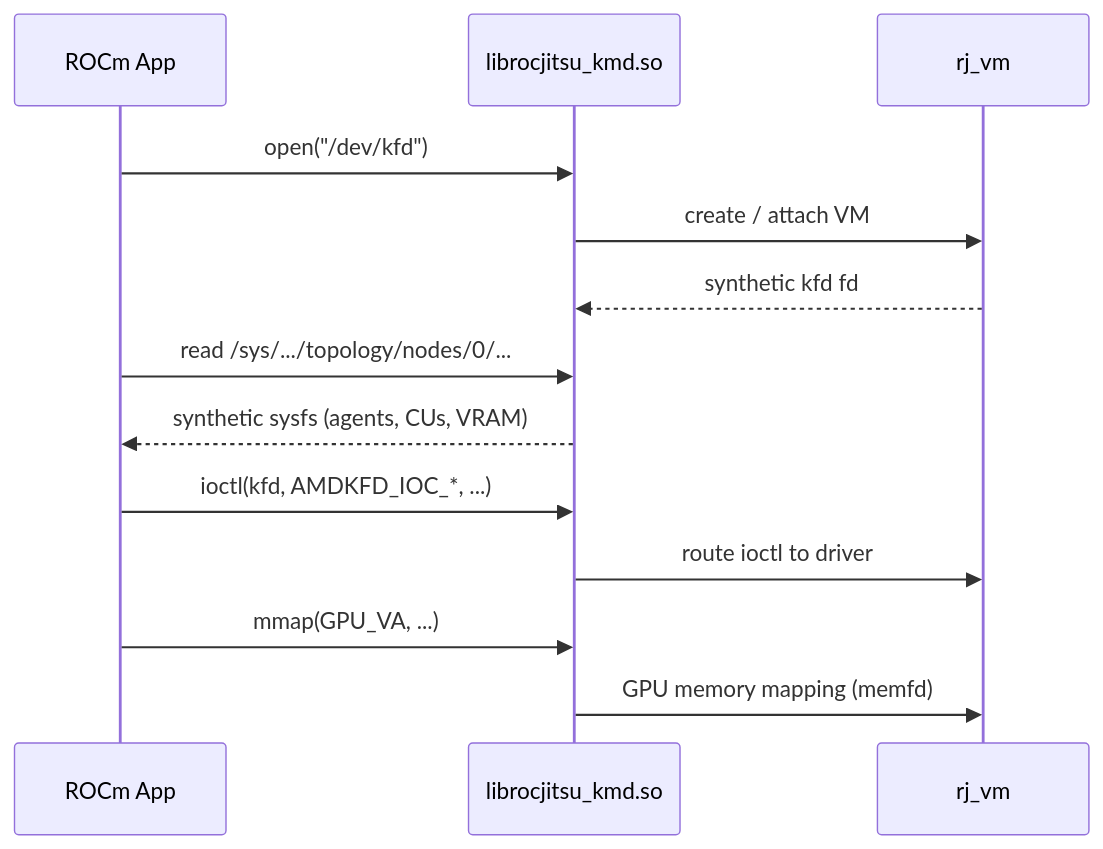
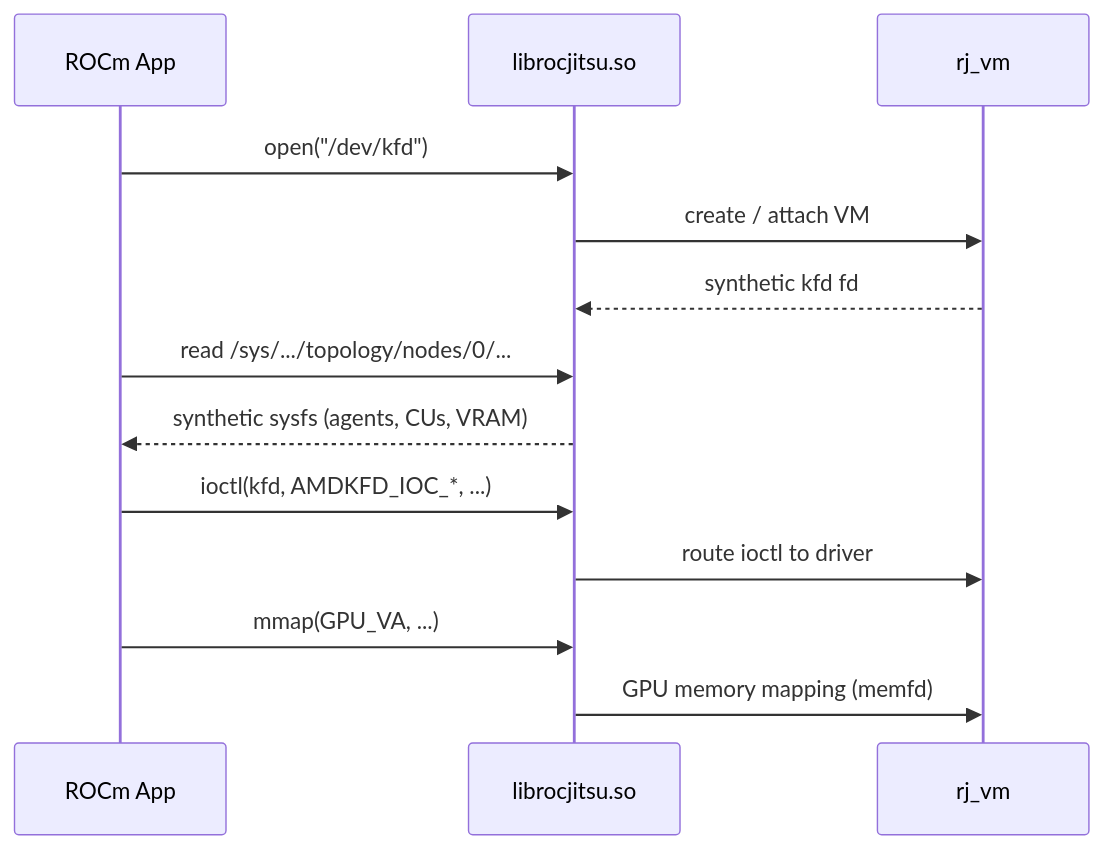
One commit to NautRobot/Eze-P changed the sixth of 15 diagrams in emulation/mirage/docs/demo-debugging-at-scale.md. Above: the diagram before and after it, drawn with Mermaid. The commit also changed other lines of this file and 26 other files, not shown here.

First line of the commit message:
feat(rocjitsu): merge kmd into librocjitsu.so (#7338)

````diff
--- a/emulation/mirage/docs/demo-debugging-at-scale.md
+++ b/emulation/mirage/docs/demo-debugging-at-scale.md
@@ -223,15 +223,15 @@
 ```mermaid
 sequenceDiagram
     participant App as ROCm App
-    participant Sh as librocjitsu_kmd.so
+    participant Sh as librocjitsu.so
     participant VM as rj_vm
     App->>Sh: open("/dev/kfd")
     Sh->>VM: create / attach VM
     VM-->>Sh: synthetic kfd fd
     App->>Sh: read /sys/.../topology/nodes/0/...
     Sh-->>App: synthetic sysfs (agents, CUs, VRAM)
     App->>Sh: ioctl(kfd, AMDKFD_IOC_*, ...)
     Sh->>VM: route ioctl to driver
     App->>Sh: mmap(GPU_VA, ...)
     Sh->>VM: GPU memory mapping (memfd)
 ```
````
